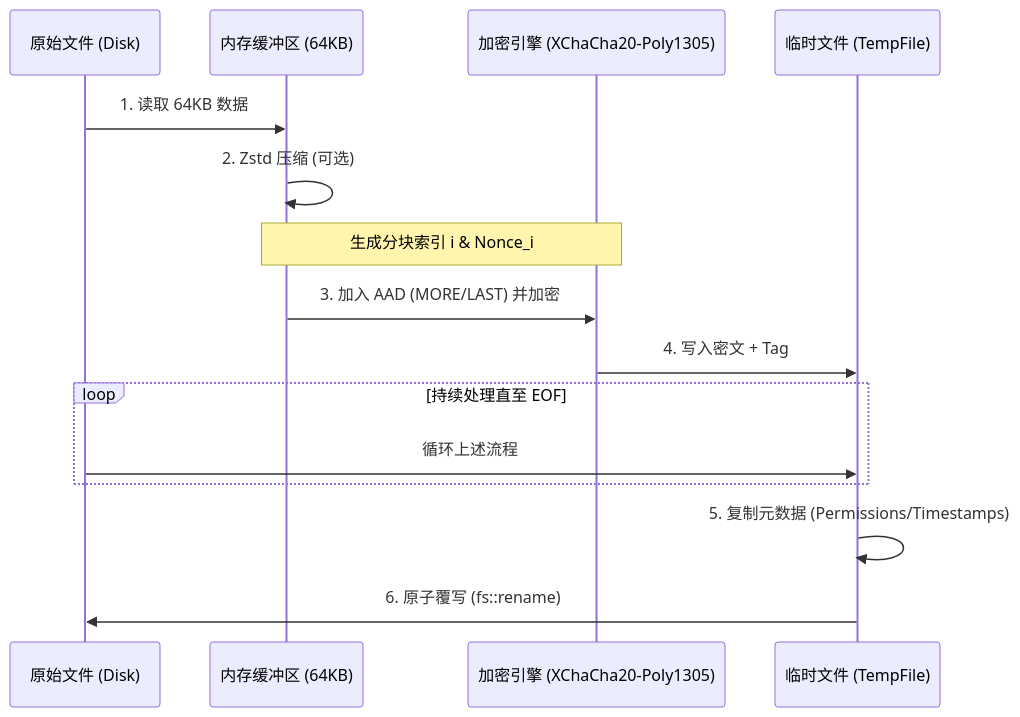
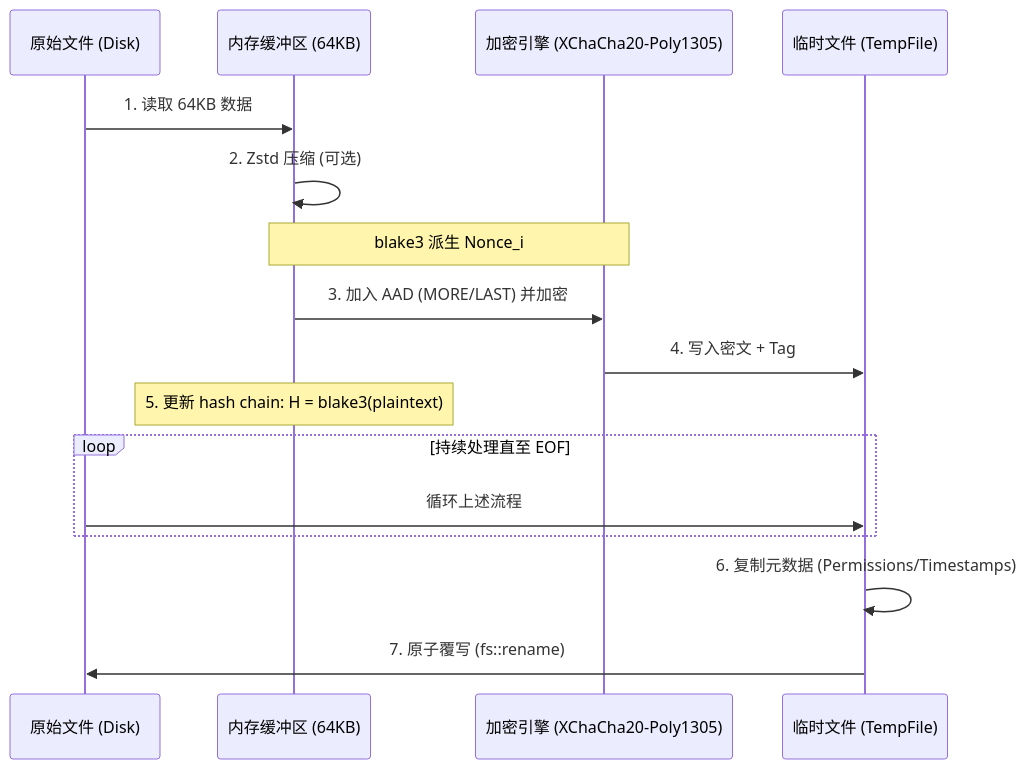
The diagram in docs/README_zh-CN.md (lxl66566/git-simple-encrypt), drawn with Mermaid before and after one commit. The commit also changed other lines of this file and 5 other files, not shown here.

````diff
--- a/docs/README_zh-CN.md
+++ b/docs/README_zh-CN.md
@@ -90,18 +92,19 @@
 ```mermaid
 sequenceDiagram
     participant F as 原始文件 (Disk)
     participant M as 内存缓冲区 (64KB)
     participant E as 加密引擎 (XChaCha20-Poly1305)
     participant T as 临时文件 (TempFile)
 
     F->>M: 1. 读取 64KB 数据
     M->>M: 2. Zstd 压缩 (可选)
-    Note over M,E: 生成分块索引 i & Nonce_i
+    Note over M,E: blake3 派生 Nonce_i
     M->>E: 3. 加入 AAD (MORE/LAST) 并加密
     E->>T: 4. 写入密文 + Tag
+    Note over M: 5. 更新 hash chain: H = blake3(plaintext)
     loop 持续处理直至 EOF
         F->>T: 循环上述流程
     end
-    T->>T: 5. 复制元数据 (Permissions/Timestamps)
-    T->>F: 6. 原子覆写 (fs::rename)
+    T->>T: 6. 复制元数据 (Permissions/Timestamps)
+    T->>F: 7. 原子覆写 (fs::rename)
 ```
````
